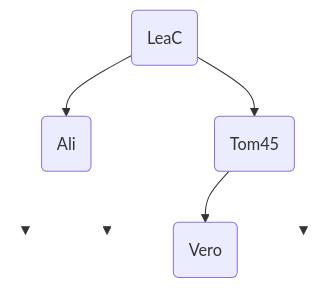
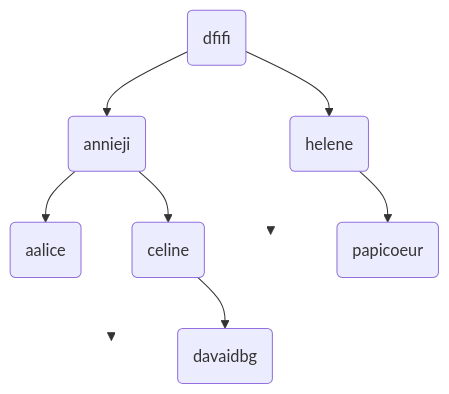
One commit to nsimeyroneinc/NSITerm2024 changed the fourth of 8 diagrams in docs/StructureDonnees/test.md. Above: the diagram before and after it, drawn with Mermaid. The commit also changed other lines of this file, not shown here.

````diff
--- a/docs/StructureDonnees/test.md
+++ b/docs/StructureDonnees/test.md
@@ -66,15 +66,15 @@
 ```mermaid
 graph TD
-    A("LeaC") --> B("Ali") 
-    B --> D(" ")
-    B --> E(" ")
-    A --> H("Tom45")
-    H --> I("Vero")
-    H --> J(" ")
-    linkStyle 2 stroke-width:0px;
-    style E opacity:0;
-    linkStyle 1 stroke-width:0px;
-    style D opacity:0;
-    linkStyle 5 stroke-width:0px;
-    style J opacity:0;
+    A("dfifi") --> B("annieji") 
+    B --> D("aalice")
+    B --> E("celine")
+    A --> H("helene")
+    E --> F(" ")
+    E -->G("davaidbg")
+    H --> I(" ")
+    H --> J("papicoeur")
+    linkStyle 4 stroke-width:0px;
+    style F opacity:0;
+    linkStyle 6 stroke-width:0px;
+    style I opacity:0;
 ```
````
